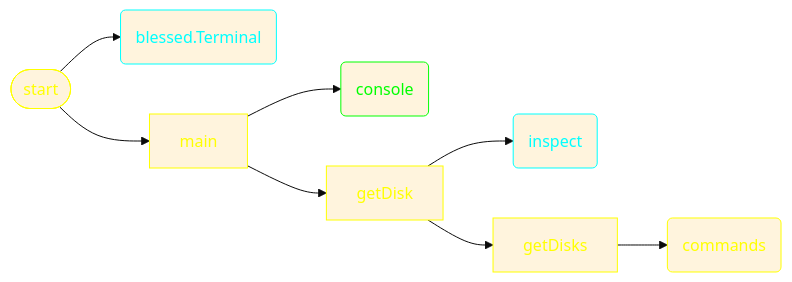
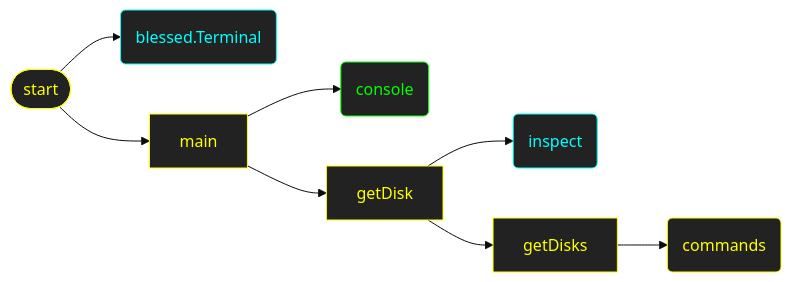
The diagram in scripts/get_disk/design.md (7s4e/p3), drawn with Mermaid (base theme) before and after one commit.

Commit message:
fill design

````diff
--- a/scripts/get_disk/design.md
+++ b/scripts/get_disk/design.md
@@ -2,29 +2,29 @@
 ```mermaid
 flowchart LR
-    classDef complete color:#0f0,stroke:#0f0
-    classDef working color:#ff0,stroke:#ff0
-    classDef library color:#0ff,stroke:#0ff
+    classDef complete color:#0f0,stroke:#0f0,fill:#222
+    classDef working color:#ff0,stroke:#ff0,fill:#222
+    classDef library color:#0ff,stroke:#0ff,fill:#222
     IF([start])
         IF:::working
         IF --> TRM
         IF --> MAIN
     TRM(blessed.Terminal)
         TRM:::library
     MAIN[main]
         MAIN:::working
         MAIN --> CON
         MAIN --> GD
     CON(console)
         CON:::complete
     GD[getDisk]
         GD:::working
         GD --> INSP
         GD --> GDS
     INSP(inspect)
         INSP:::library
     GDS[getDisks]
         GDS:::working
         GDS --> CMD
     CMD(commands)
         CMD:::working
 ```
````
